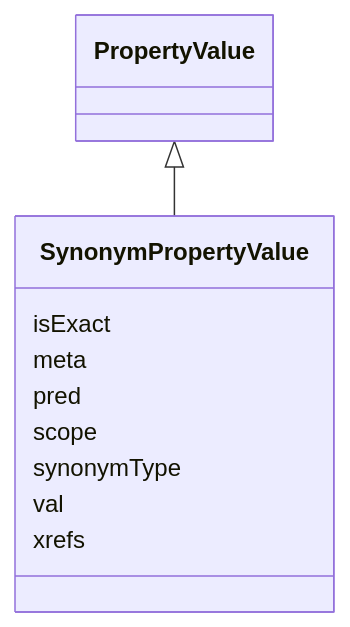
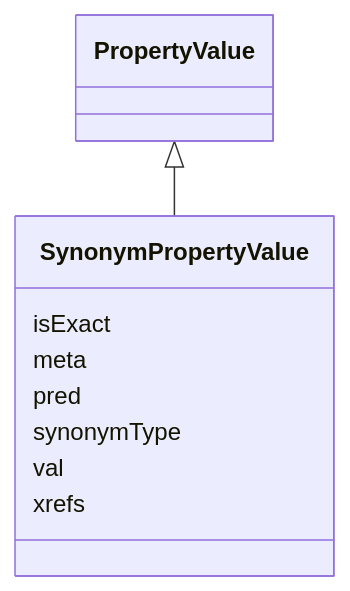
Before and after one commit to INCATools/ontology-access-kit: the diagram in docs/datamodels/obograph/SynonymPropertyValue.md, drawn with Mermaid. The commit also changed other lines of this file and 45 other files, not shown here.

First line of the commit message:
Added allValuesFromEdges to OBO Graph data model.

````diff
--- a/docs/datamodels/obograph/SynonymPropertyValue.md
+++ b/docs/datamodels/obograph/SynonymPropertyValue.md
@@ -11,14 +8,13 @@
 ```{mermaid}
  classDiagram
+    class SynonymPropertyValue
       PropertyValue <|-- SynonymPropertyValue
       
       SynonymPropertyValue : isExact
       SynonymPropertyValue : meta
       SynonymPropertyValue : pred
-      SynonymPropertyValue : scope
       SynonymPropertyValue : synonymType
       SynonymPropertyValue : val
       SynonymPropertyValue : xrefs
       
-
 ```
````
